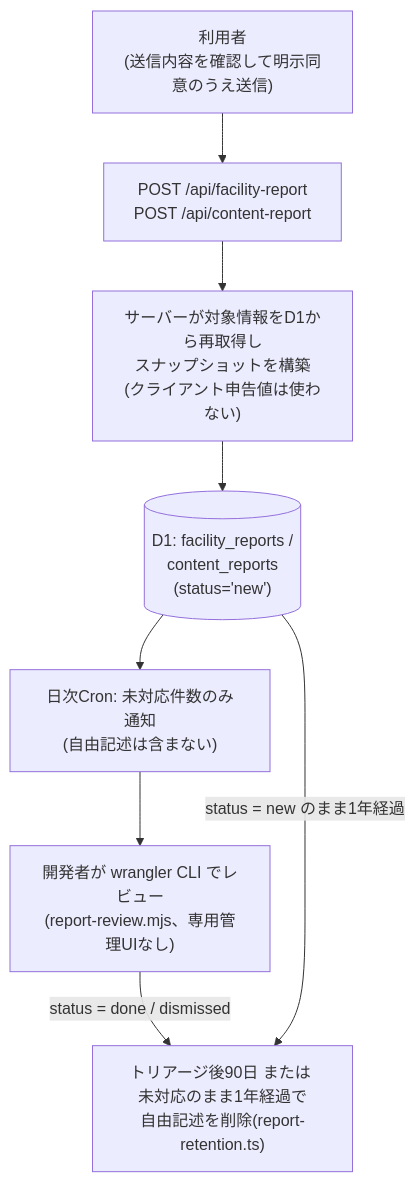
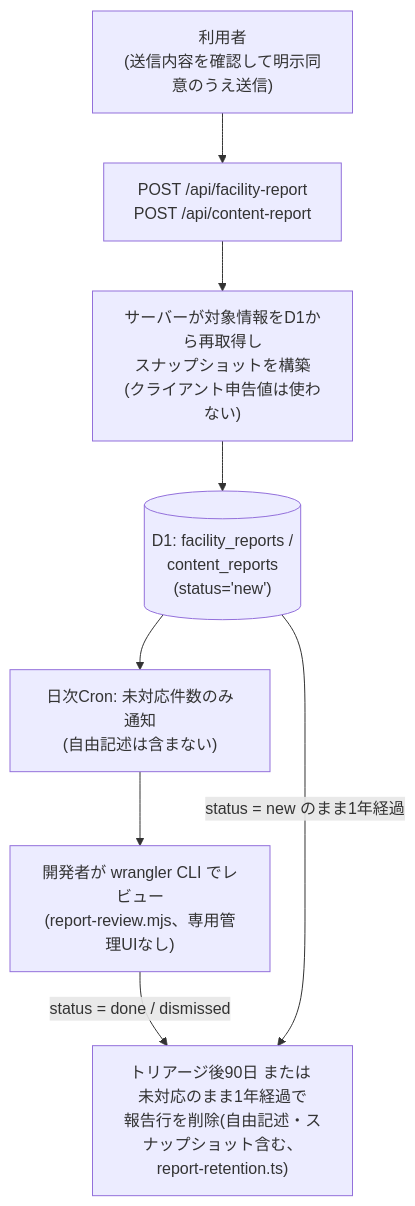
The diagram in docs/designs/data-governance.md (yunbow/trait-compass), drawn with Mermaid before and after one commit. The commit also changed other lines of this file and 9 other files, not shown here.

````diff
--- a/docs/designs/data-governance.md
+++ b/docs/designs/data-governance.md
@@ -76,15 +76,15 @@
 ```mermaid
 flowchart TB
   user["利用者<br/>(送信内容を確認して明示同意のうえ送信)"]
   api["POST /api/facility-report<br/>POST /api/content-report"]
   snapshot["サーバーが対象情報をD1から再取得し<br/>スナップショットを構築<br/>(クライアント申告値は使わない)"]
   d1[("D1: facility_reports /<br/>content_reports<br/>(status='new')")]
   digest["日次Cron: 未対応件数のみ通知<br/>(自由記述は含まない)"]
   review["開発者が wrangler CLI でレビュー<br/>(report-review.mjs、専用管理UIなし)"]
-  retention["トリアージ後90日 または 未対応のまま1年経過で<br/>自由記述を削除(report-retention.ts)"]
+  retention["トリアージ後90日 または 未対応のまま1年経過で<br/>報告行を削除(自由記述・スナップショット含む、report-retention.ts)"]
 
   user --> api --> snapshot --> d1
   d1 --> digest --> review
   review -->|"status = done / dismissed"| retention
   d1 -->|"status = new のまま1年経過"| retention
 ```
````
